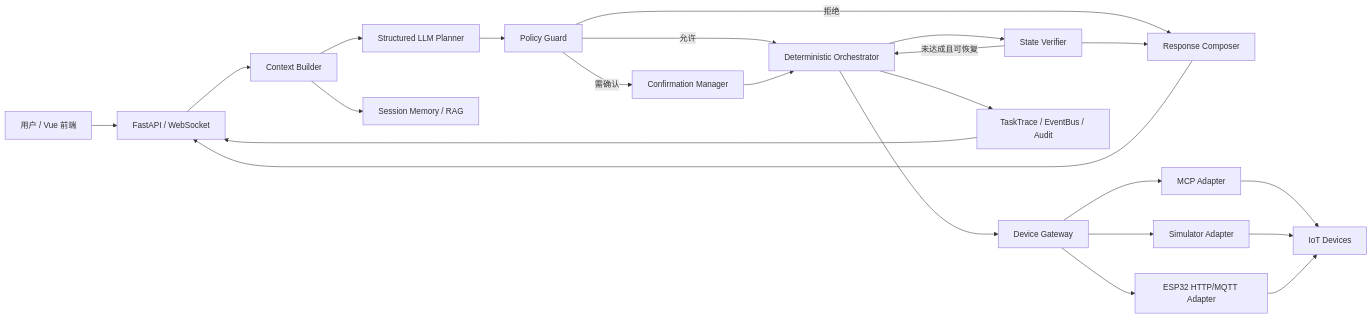
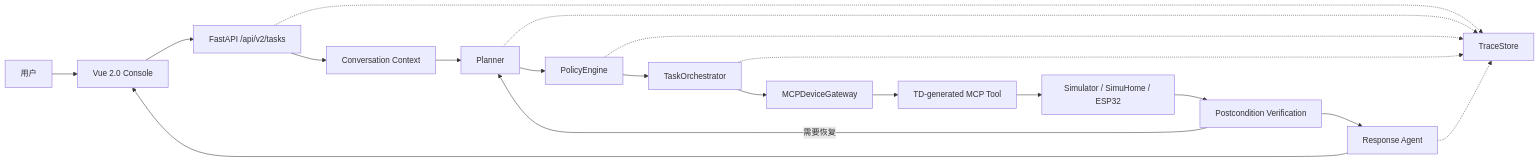
One commit to GoldenGYQ/WoTAgent changed the diagram in doc/WOTAGENT_2.0_COMPLETE_TECHNICAL_GUIDE.md. Above: the diagram before and after it, drawn with Mermaid. The commit also changed other lines of this file and 126 other files, not shown here.

````diff
--- a/doc/WOTAGENT_2.0_COMPLETE_TECHNICAL_GUIDE.md
+++ b/doc/WOTAGENT_2.0_COMPLETE_TECHNICAL_GUIDE.md
@@ -173,25 +16,21 @@
 ```mermaid
 flowchart LR
-    U["用户 / Vue 前端"] --> API["FastAPI / WebSocket"]
-    API --> CB["Context Builder"]
-    CB --> PL["Structured LLM Planner"]
-    PL --> PG["Policy Guard"]
-    PG -->|允许| OR["Deterministic Orchestrator"]
-    PG -->|需确认| CF["Confirmation Manager"]
-    PG -->|拒绝| RC["Response Composer"]
-    CF --> OR
-    OR --> DG["Device Gateway"]
-    DG --> MCP["MCP Adapter"]
-    DG --> SIM["Simulator Adapter"]
-    DG --> ESP["ESP32 HTTP/MQTT Adapter"]
-    MCP --> DEV["IoT Devices"]
-    SIM --> DEV
-    ESP --> DEV
-    OR --> VF["State Verifier"]
-    VF -->|未达成且可恢复| OR
-    VF --> RC
-    RC --> API
-    CB --> MEM["Session Memory / RAG"]
-    OR --> EV["TaskTrace / EventBus / Audit"]
-    EV --> API
+    U["用户"] --> F["Vue 2.0 Console"]
+    F --> A["FastAPI /api/v2/tasks"]
+    A --> C["Conversation Context"]
+    C --> P["Planner"]
+    P --> Y["PolicyEngine"]
+    Y --> O["TaskOrchestrator"]
+    O --> G["MCPDeviceGateway"]
+    G --> M["TD-generated MCP Tool"]
+    M --> D["Simulator / SimuHome / ESP32"]
+    D --> V["Postcondition Verification"]
+    V -->|"需要恢复"| P
+    V --> R["Response Agent"]
+    R --> F
+    A -.-> T["TraceStore"]
+    P -.-> T
+    Y -.-> T
+    O -.-> T
+    R -.-> T
 ```
````
